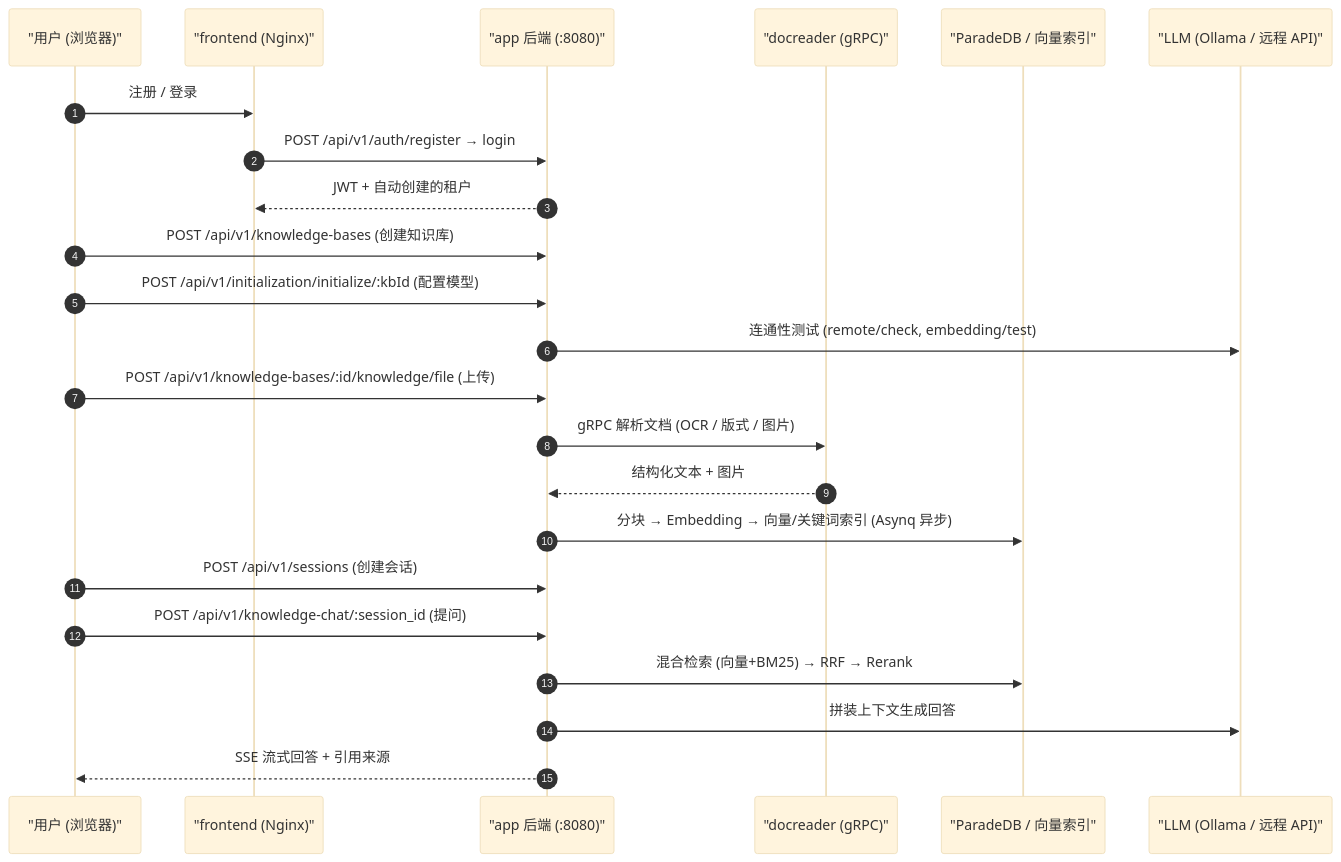
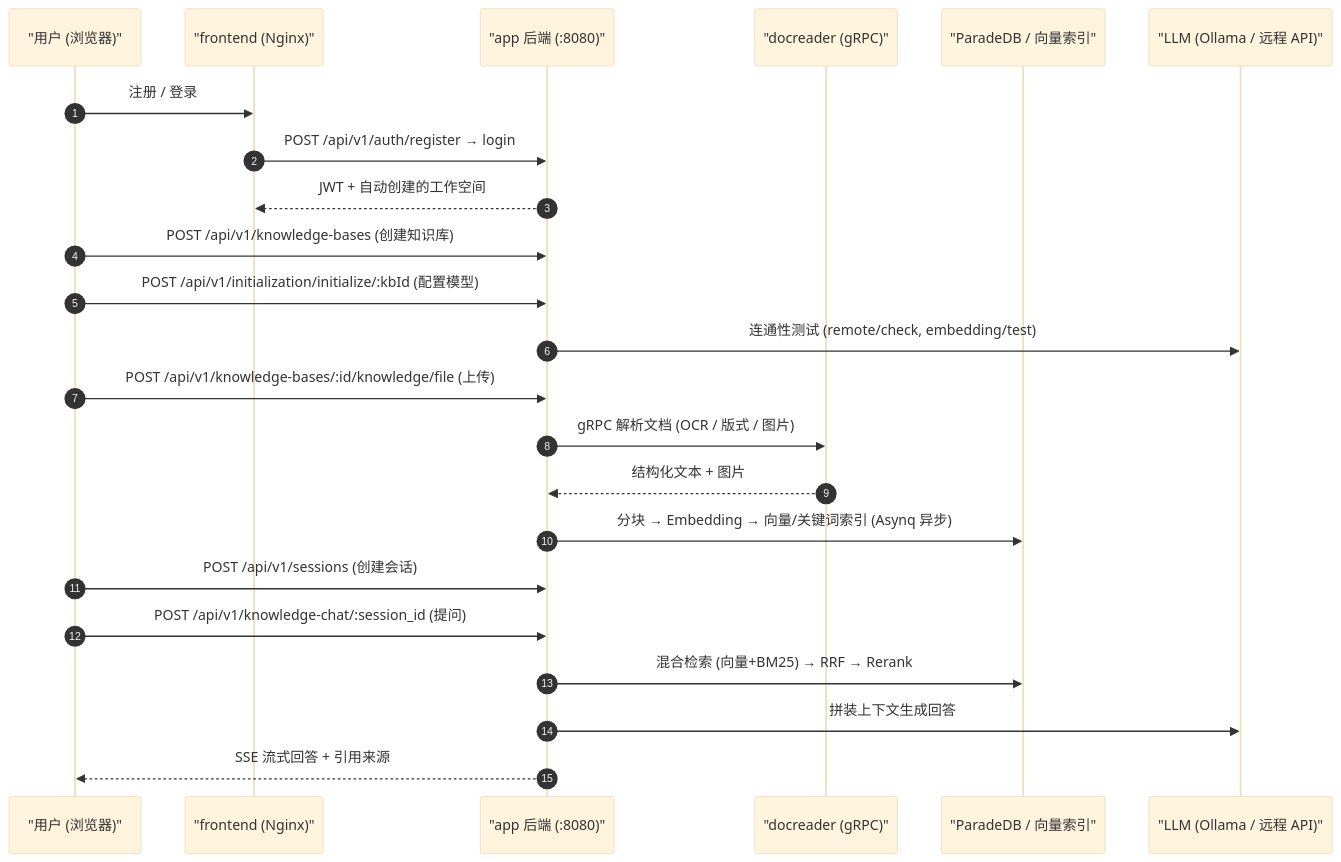
Before and after one commit to magicyuan876/Yuheng: the diagram in website-docs/01-getting-started/03-quickstart.md, drawn with Mermaid (base theme). The commit also changed other lines of this file and 11 other files, not shown here.

First line of the commit message:
docs(site): getting started and architecture checked against the code

````diff
--- a/website-docs/01-getting-started/03-quickstart.md
+++ b/website-docs/01-getting-started/03-quickstart.md
@@ -156,25 +162,25 @@
 ```mermaid
 sequenceDiagram
     autonumber
     participant U as "用户 (浏览器)"
     participant FE as "frontend (Nginx)"
     participant APP as "app 后端 (:8080)"
     participant DR as "docreader (gRPC)"
     participant DB as "ParadeDB / 向量索引"
     participant LLM as "LLM (Ollama / 远程 API)"
     U->>FE: 注册 / 登录
     FE->>APP: POST /api/v1/auth/register → login
-    APP-->>FE: JWT + 自动创建的租户
+    APP-->>FE: JWT + 自动创建的工作空间
     U->>APP: POST /api/v1/knowledge-bases (创建知识库)
     U->>APP: POST /api/v1/initialization/initialize/:kbId (配置模型)
     APP->>LLM: 连通性测试 (remote/check, embedding/test)
     U->>APP: POST /api/v1/knowledge-bases/:id/knowledge/file (上传)
     APP->>DR: gRPC 解析文档 (OCR / 版式 / 图片)
     DR-->>APP: 结构化文本 + 图片
     APP->>DB: 分块 → Embedding → 向量/关键词索引 (Asynq 异步)
     U->>APP: POST /api/v1/sessions (创建会话)
     U->>APP: POST /api/v1/knowledge-chat/:session_id (提问)
     APP->>DB: 混合检索 (向量+BM25) → RRF → Rerank
     APP->>LLM: 拼装上下文生成回答
     APP-->>U: SSE 流式回答 + 引用来源
 ```
````
